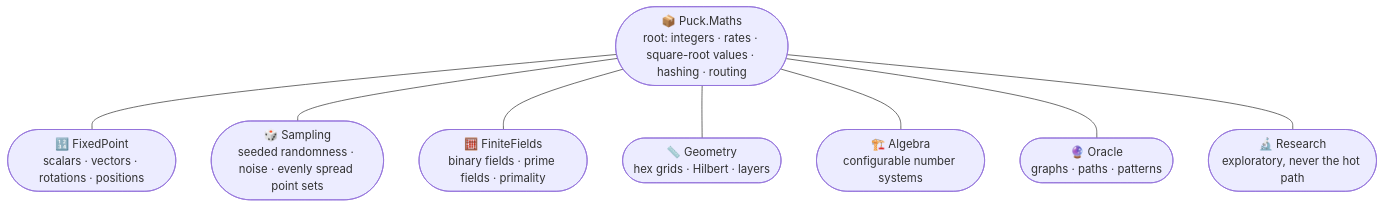
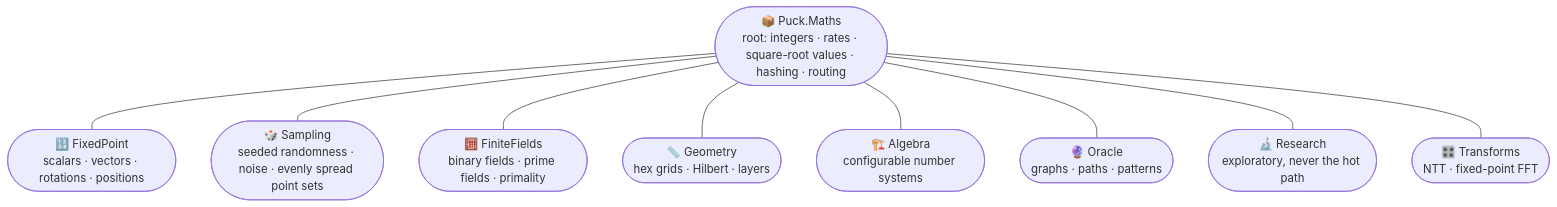
Before and after one commit to ByteTerrace/Puck: the second of 2 diagrams in src/Puck.Maths/README.md, drawn with Mermaid. The commit also changed other lines of this file and 1286 other files, not shown here.

````diff
--- a/src/Puck.Maths/README.md
+++ b/src/Puck.Maths/README.md
@@ -111,18 +111,20 @@
 ```mermaid
 graph TB
     Root(["📦 Puck.Maths<br/>root: integers · rates · square-root values · hashing · routing"])
     FP(["🔢 FixedPoint<br/>scalars · vectors · rotations · positions"])
     SA(["🎲 Sampling<br/>seeded randomness · noise · evenly spread point sets"])
     FF(["🧮 FiniteFields<br/>binary fields · prime fields · primality"])
     GE(["📏 Geometry<br/>hex grids · Hilbert · layers"])
     AL(["🏗️ Algebra<br/>configurable number systems"])
     OR(["🔮 Oracle<br/>graphs · paths · patterns"])
     RE(["🔬 Research<br/>exploratory, never the hot path"])
+    TR(["🎛️ Transforms<br/>NTT · fixed-point FFT"])
     Root --- FP
     Root --- SA
     Root --- FF
     Root --- GE
     Root --- AL
     Root --- OR
     Root --- RE
+    Root --- TR
 ```
````
